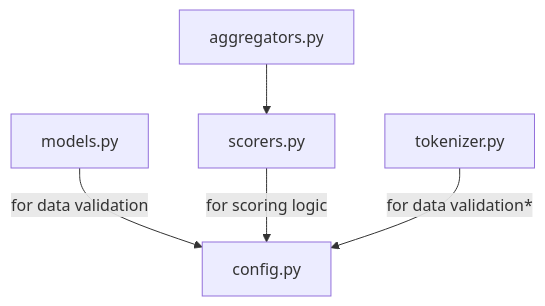
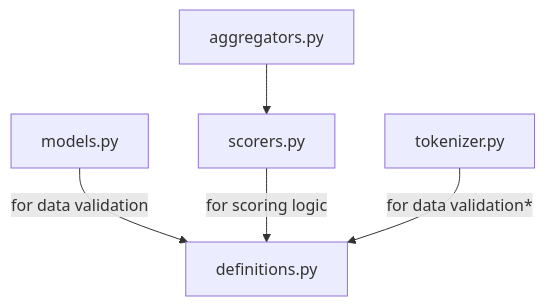
Before and after one commit to Fab-Inc/qa-benchmarks-monorepo: the diagram in packages/decodability/README.md, drawn with Mermaid. The commit also changed other lines of this file and 7 other files, not shown here.

Commit message:
rename config.py to definitions.py and tokenize.py to extract_words.py; configure aggregator params through json only

````diff
--- a/packages/decodability/README.md
+++ b/packages/decodability/README.md
@@ -41,7 +41,7 @@
 ```mermaid
 flowchart
-  models.py --for data validation--> config.py
-  scorers.py --for scoring logic--> config.py
-  tokenizer.py --for data validation*--> config.py
+  models.py --for data validation--> definitions.py
+  scorers.py --for scoring logic--> definitions.py
+  tokenizer.py --for data validation*--> definitions.py
   aggregators.py --> scorers.py
 ```
````
